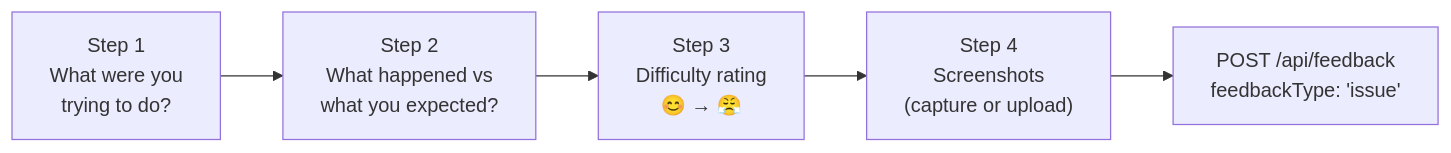
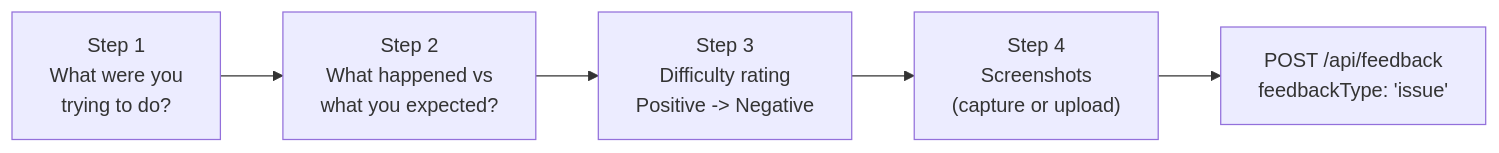
The third of 6 diagrams in docs/feedback-pipeline.md (THD-Spatial-AI/building-configurator), drawn with Mermaid before and after one commit. The commit also changed other lines of this file and 2 other files, not shown here.

````diff
--- a/docs/feedback-pipeline.md
+++ b/docs/feedback-pipeline.md
@@ -98,8 +98,8 @@
 ```mermaid
 flowchart LR
     S1["Step 1\nWhat were you\ntrying to do?"] -->
     S2["Step 2\nWhat happened vs\nwhat you expected?"] -->
-    S3["Step 3\nDifficulty rating\n😊 → 😤"] -->
+    S3["Step 3\nDifficulty rating\n Positive -> Negative"] -->
     S4["Step 4\nScreenshots\n(capture or upload)"] -->
     SUB["POST /api/feedback\nfeedbackType: 'issue'"]
 ```
````
